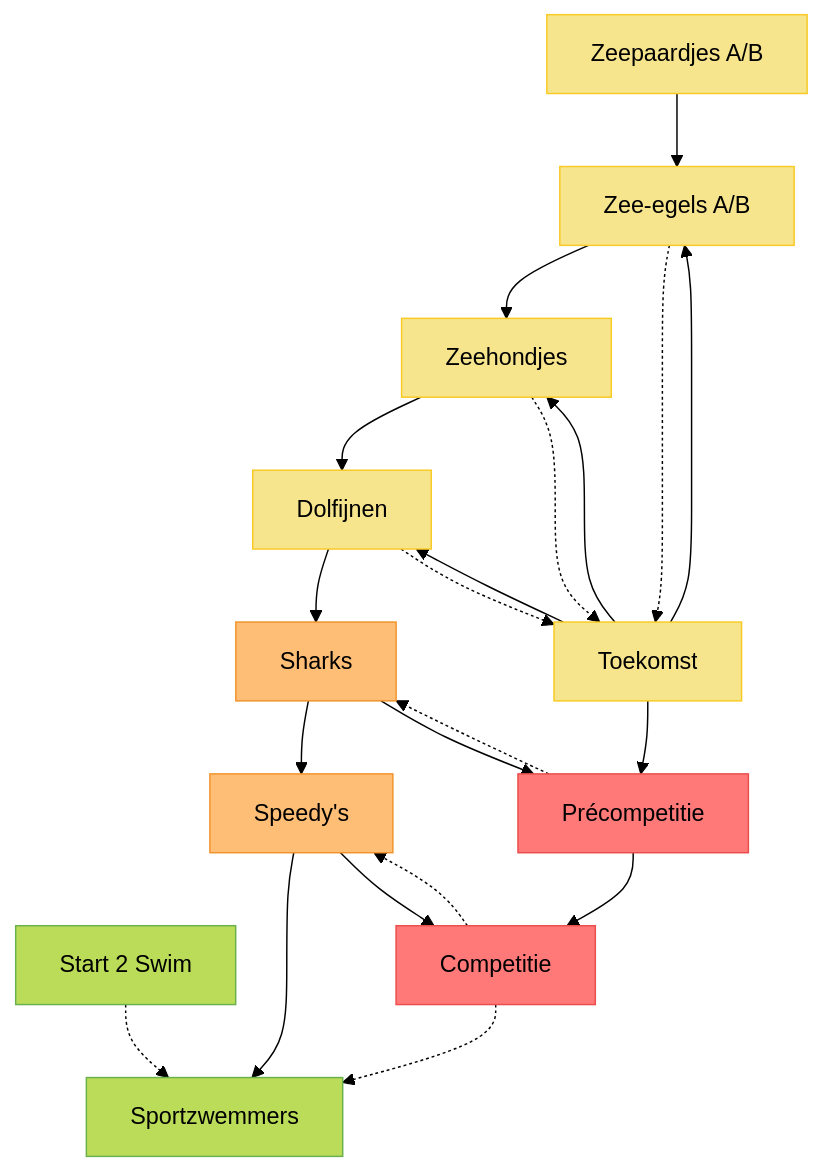
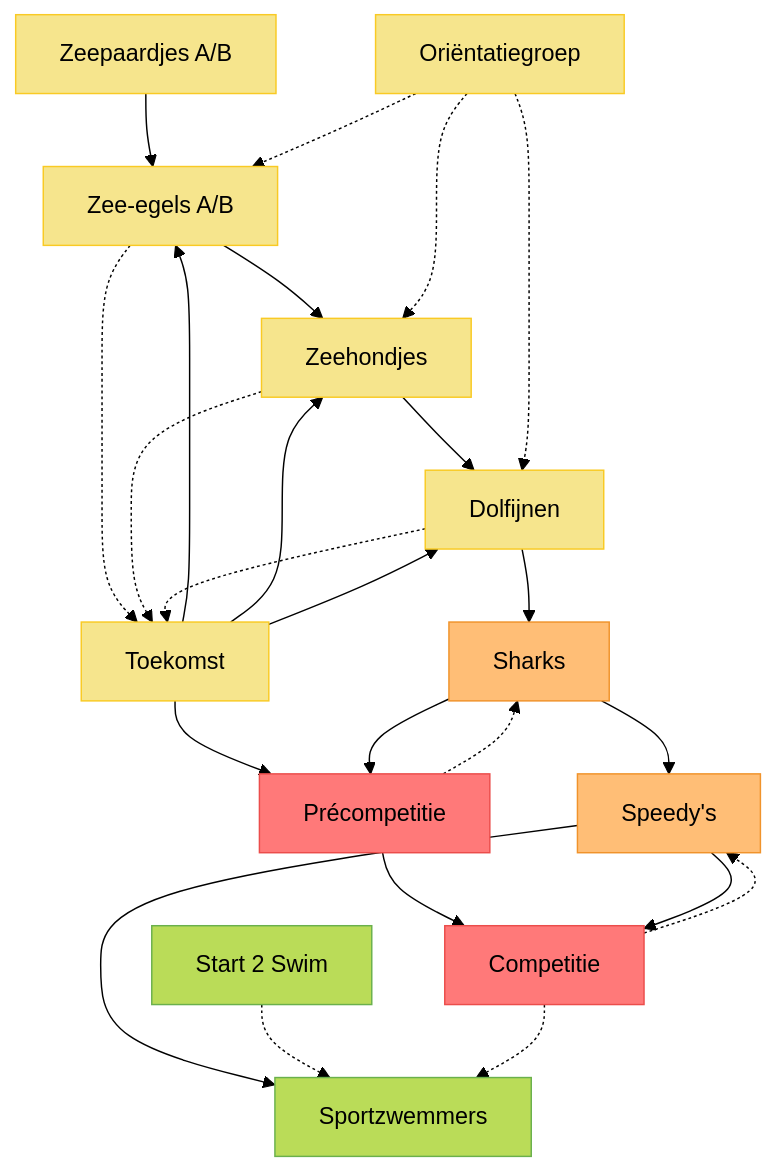
Before and after one commit to thomasaelbrecht/azlapp: the diagram in src/app/bible/over/organigram/page.md, drawn with Mermaid (forest theme). The commit also changed other lines of this file and 37 other files, not shown here.

Commit message:
chore: make files and mermaid work in flow chart

````diff
--- a/src/app/bible/over/organigram/page.md
+++ b/src/app/bible/over/organigram/page.md
@@ -12,55 +5,60 @@
 ```mermaid
 flowchart TD
     %% kleuren: https://flatuicolors.com/palette/au
     classDef zwemschool fill:#f6e58d,stroke:#f9ca24
     classDef jeugd fill:#ffbe76,stroke:#f0932b
     classDef competitie fill:#ff7979,stroke:#eb4d4b
     classDef volw fill:#badc58,stroke:#6ab04c
 
     A[Zeepaardjes A/B]
     B[Zee-egels A/B]
     C[Zeehondjes]
     D[Dolfijnen]
     E[Toekomst]
-    class A,B,C,D,E zwemschool
+    M[Oriëntatiegroep]
+    class A,B,C,D,E,M zwemschool
 
     A --> B
     B --> C
     C --> D
+
+    M -.-> B
+    M -.-> C
+    M -.-> D
 
     F[Sharks]
     G["Speedy's"]
     class F,G jeugd
 
     D --> F
     F --> G
 
     I[Sportzwemmers]
     J[Start 2 Swim]
     class I,J volw
 
     G --> I
     J -.-> I
 
     K[Précompetitie]
     L[Competitie]
     class K,L competitie
 
     E --> K
     K --> L
 
     F --> K
     K -.-> F
 
     L -.-> G
     G --> L
 
     L -.-> I
 
     B -.-> E
     E --> B
     C -.-> E
     E --> C
     D -.-> E
     E --> D
 ```
````
